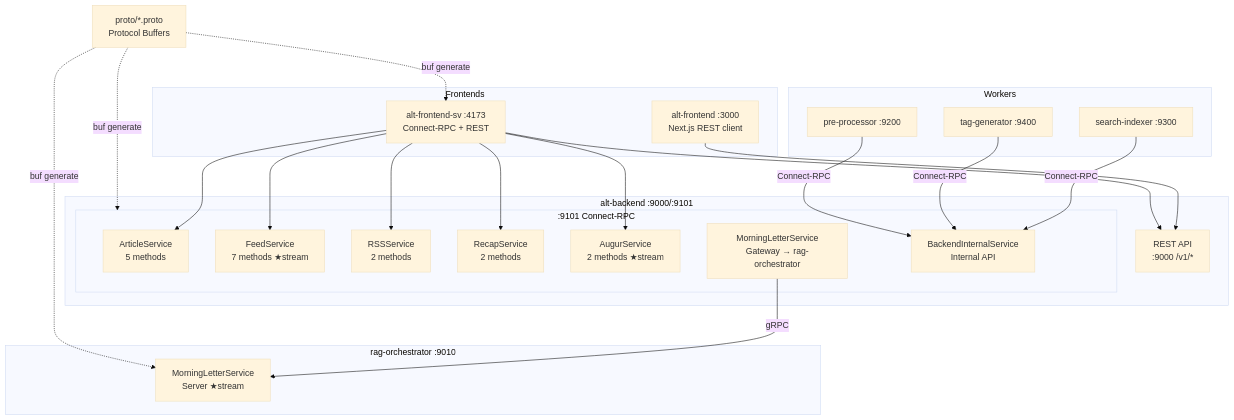
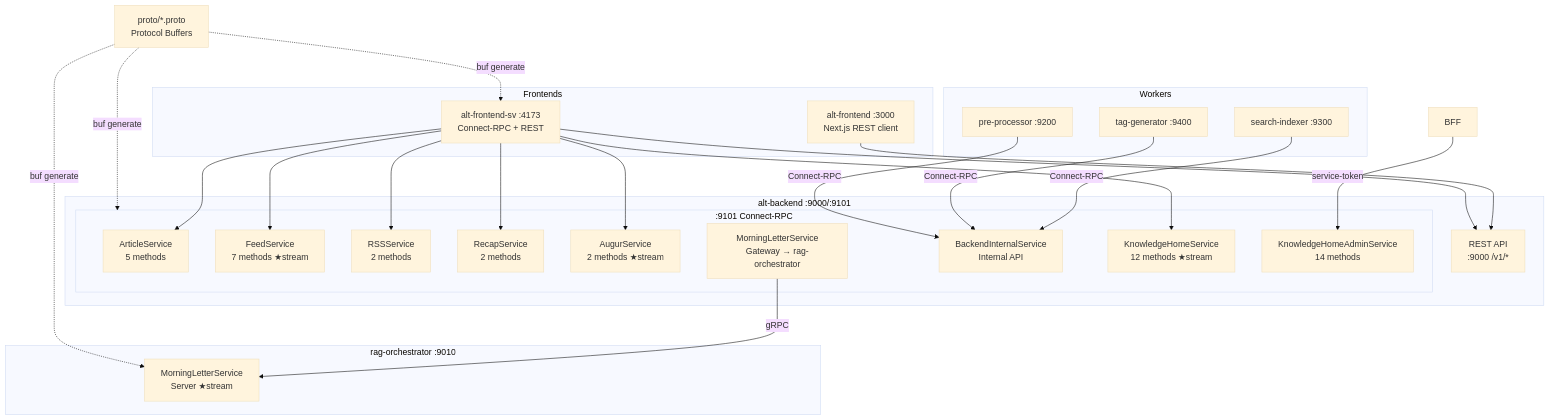
The sixth of 13 diagrams in README.md (Kaikei-e/Alt), drawn with Mermaid (base theme) before and after one commit. The commit also changed other lines of this file, not shown here.

First line of the commit message:
docs: update README to reflect recent enhancements and clarify Knowledge Home features

````diff
--- a/README.md
+++ b/README.md
@@ -522,43 +529,47 @@
 ```mermaid
 flowchart TD
     subgraph Frontends
         NextJS[alt-frontend :3000<br/>Next.js REST client]
         SvelteKit[alt-frontend-sv :4173<br/>Connect-RPC + REST]
     end
     subgraph "alt-backend :9000/:9101"
         REST[REST API<br/>:9000 /v1/*]
         subgraph ConnectRPC[:9101 Connect-RPC]
             ArticleSvc[ArticleService<br/>5 methods]
             FeedSvc[FeedService<br/>7 methods ★stream]
             RSSSvc[RSSService<br/>2 methods]
             RecapSvc[RecapService<br/>2 methods]
             AugurSvc[AugurService<br/>2 methods ★stream]
             MLGateway[MorningLetterService<br/>Gateway → rag-orchestrator]
             InternalSvc[BackendInternalService<br/>Internal API]
+            KHSvc[KnowledgeHomeService<br/>12 methods ★stream]
+            KHAdminSvc[KnowledgeHomeAdminService<br/>14 methods]
         end
     end
     subgraph Workers
         SearchIdx[search-indexer :9300]
         TagGen[tag-generator :9400]
         PreProc[pre-processor :9200]
     end
     subgraph "rag-orchestrator :9010"
         MLSvc[MorningLetterService<br/>Server ★stream]
     end
     Proto[proto/*.proto<br/>Protocol Buffers]
 
     NextJS --> REST
     SvelteKit --> REST
     SvelteKit --> ArticleSvc
     SvelteKit --> FeedSvc
     SvelteKit --> RSSSvc
     SvelteKit --> RecapSvc
     SvelteKit --> AugurSvc
+    SvelteKit --> KHSvc
+    BFF -->|service-token| KHAdminSvc
     SearchIdx -->|Connect-RPC| InternalSvc
     TagGen -->|Connect-RPC| InternalSvc
     PreProc -->|Connect-RPC| InternalSvc
     MLGateway -->|gRPC| MLSvc
     Proto -.->|buf generate| ConnectRPC
     Proto -.->|buf generate| MLSvc
     Proto -.->|buf generate| SvelteKit
 ```
````
